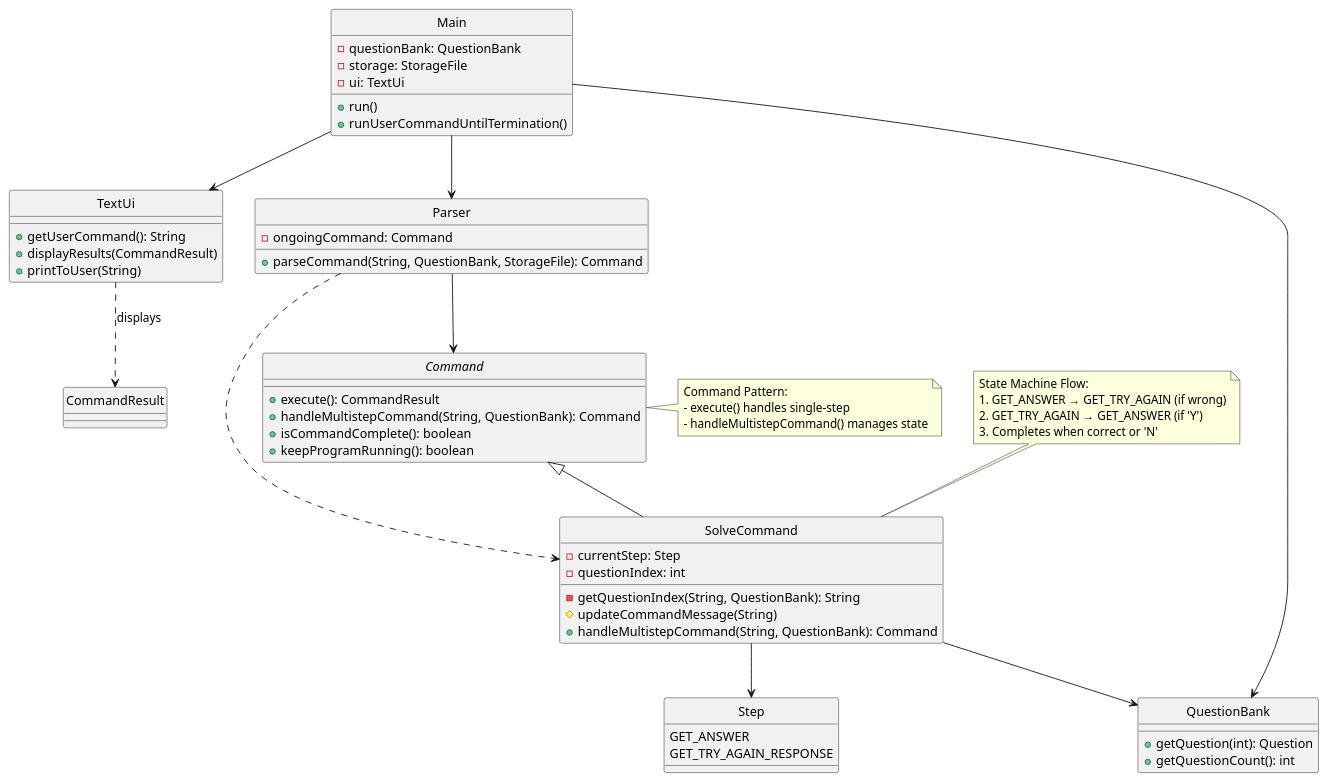
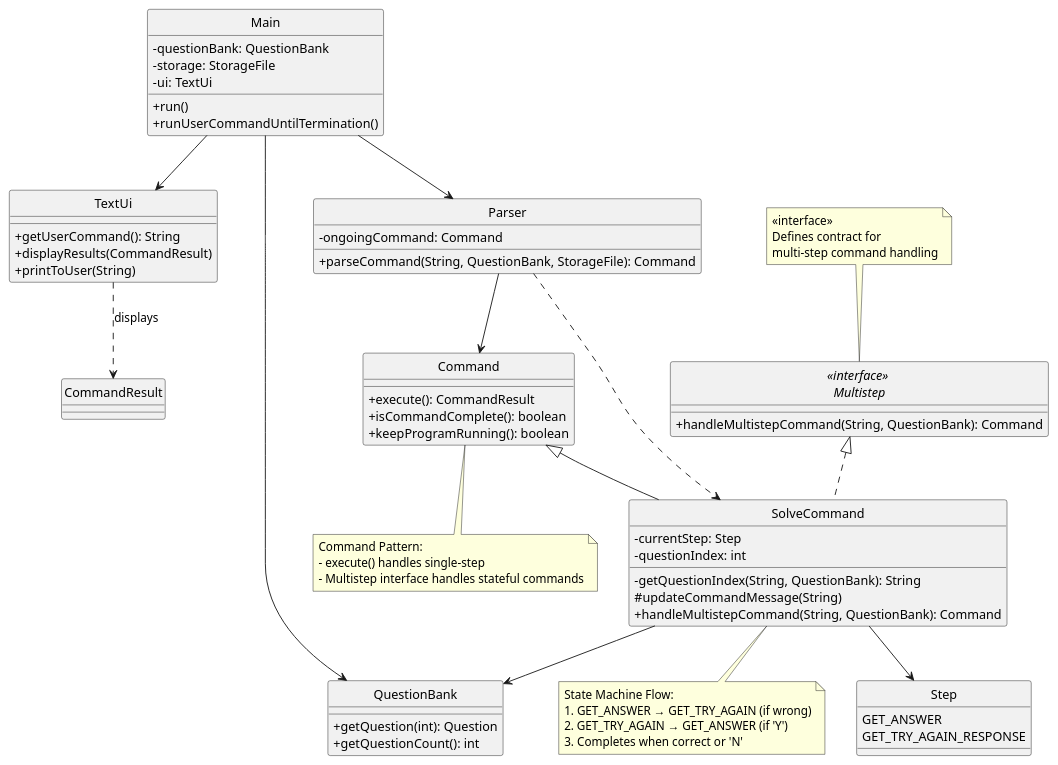
One commit to tongkiankiat/tp changed the diagram in docs/diagrams/class/CommandHandling.puml. Above: the diagram before and after it, drawn with PlantUML. The commit also changed 9 other files, not shown here.

Commit message:
Update plantUML diagrams

```diff
--- a/docs/diagrams/class/CommandHandling.puml
+++ b/docs/diagrams/class/CommandHandling.puml
@@ -1,80 +1,93 @@
 @startuml
 hide circle
+skinparam classAttributeIconSize 0
 
 ' Main Classes
 class Main {
   - questionBank: QuestionBank
   - storage: StorageFile
   - ui: TextUi
   + run()
   + runUserCommandUntilTermination()
 }
 
 class TextUi {
   + getUserCommand(): String
   + displayResults(CommandResult)
   + printToUser(String)
 }
 
 class Parser {
   - ongoingCommand: Command
   + parseCommand(String, QuestionBank, StorageFile): Command
 }
 
+' Interfaces
+interface "<<interface>> \nMultistep" {
+  + handleMultistepCommand(String, QuestionBank): Command
+}
+
 ' Command Hierarchy
-interface Command {
+class Command {
   + execute(): CommandResult
-  + handleMultistepCommand(String, QuestionBank): Command
   + isCommandComplete(): boolean
   + keepProgramRunning(): boolean
 }
 
+' Command Implementations
 class SolveCommand {
   - currentStep: Step
   - questionIndex: int
   - getQuestionIndex(String, QuestionBank): String
   # updateCommandMessage(String)
   + handleMultistepCommand(String, QuestionBank): Command
 }
 
 ' Enums
 enum Step {
   GET_ANSWER
   GET_TRY_AGAIN_RESPONSE
 }
 
 ' Data Classes
 class QuestionBank {
   + getQuestion(int): Question
   + getQuestionCount(): int
 }
 
 ' Relationships
 Main --> TextUi
 Main --> Parser
 Main --> QuestionBank
 
 Parser --> Command
 Parser ..> SolveCommand
 
 Command <|-- SolveCommand
+"<<interface>> \nMultistep" <|.. SolveCommand
 
 SolveCommand --> Step
 SolveCommand --> QuestionBank
 
 TextUi ..> CommandResult : displays
 
 ' Notes
-note top of SolveCommand
+note bottom of SolveCommand
   State Machine Flow:
   1. GET_ANSWER → GET_TRY_AGAIN (if wrong)
   2. GET_TRY_AGAIN → GET_ANSWER (if 'Y')
   3. Completes when correct or 'N'
 end note
 
-note right of Command
+note bottom of Command
   Command Pattern:
   - execute() handles single-step
-  - handleMultistepCommand() manages state
+  - Multistep interface handles stateful commands
+end note
+
+note top of "<<interface>> \nMultistep"
+  <<interface>>
+  Defines contract for
+  multi-step command handling
 end note
 @enduml
```
